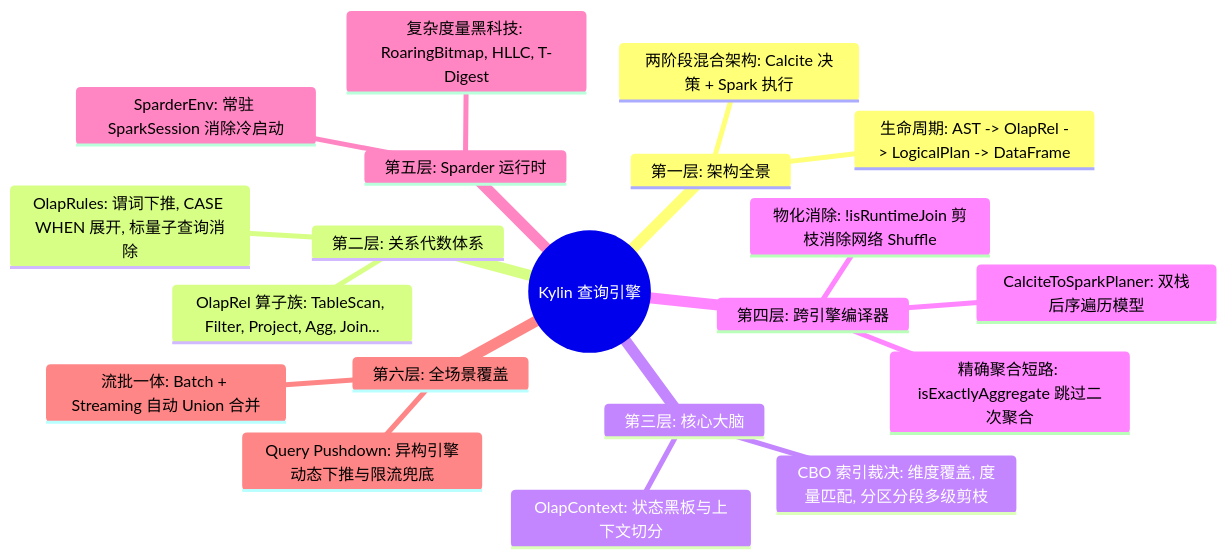
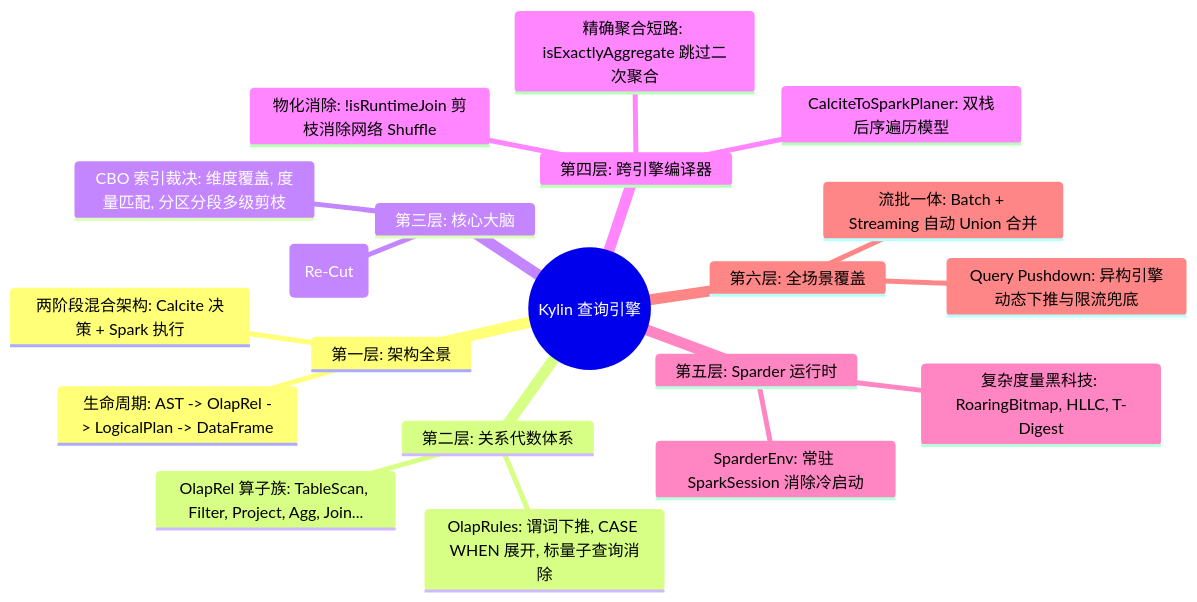
One commit to Mrhs121/mrhs121.github.io changed the fourth of 4 diagrams in posts/2026-08-18-kylin-query-engine-06-pushdown-hybrid-and-tuning.md. Above: the diagram before and after it, drawn with Mermaid. The commit also changed other lines of this file and 5 other files, not shown here.

````diff
--- a/posts/2026-08-18-kylin-query-engine-06-pushdown-hybrid-and-tuning.md
+++ b/posts/2026-08-18-kylin-query-engine-06-pushdown-hybrid-and-tuning.md
@@ -113,23 +163,23 @@
 ```mermaid
 mindmap
   root((Kylin 查询引擎))
     第一层: 架构全景
       两阶段混合架构: Calcite 决策 + Spark 执行
       生命周期: AST -> OlapRel -> LogicalPlan -> DataFrame
     第二层: 关系代数体系
       OlapRel 算子族: TableScan, Filter, Project, Agg, Join...
       OlapRules: 谓词下推, CASE WHEN 展开, 标量子查询消除
     第三层: 核心大脑
-      OlapContext: 状态黑板与上下文切分
+      OlapContext: 状态黑板与上下文切分 (Re-Cut)
       CBO 索引裁决: 维度覆盖, 度量匹配, 分区分段多级剪枝
     第四层: 跨引擎编译器
       CalciteToSparkPlaner: 双栈后序遍历模型
       物化消除: !isRuntimeJoin 剪枝消除网络 Shuffle
       精确聚合短路: isExactlyAggregate 跳过二次聚合
     第五层: Sparder 运行时
       SparderEnv: 常驻 SparkSession 消除冷启动
       复杂度量黑科技: RoaringBitmap, HLLC, T-Digest
     第六层: 全场景覆盖
       Query Pushdown: 异构引擎动态下推与限流兜底
       流批一体: Batch + Streaming 自动 Union 合并
 ```
````
